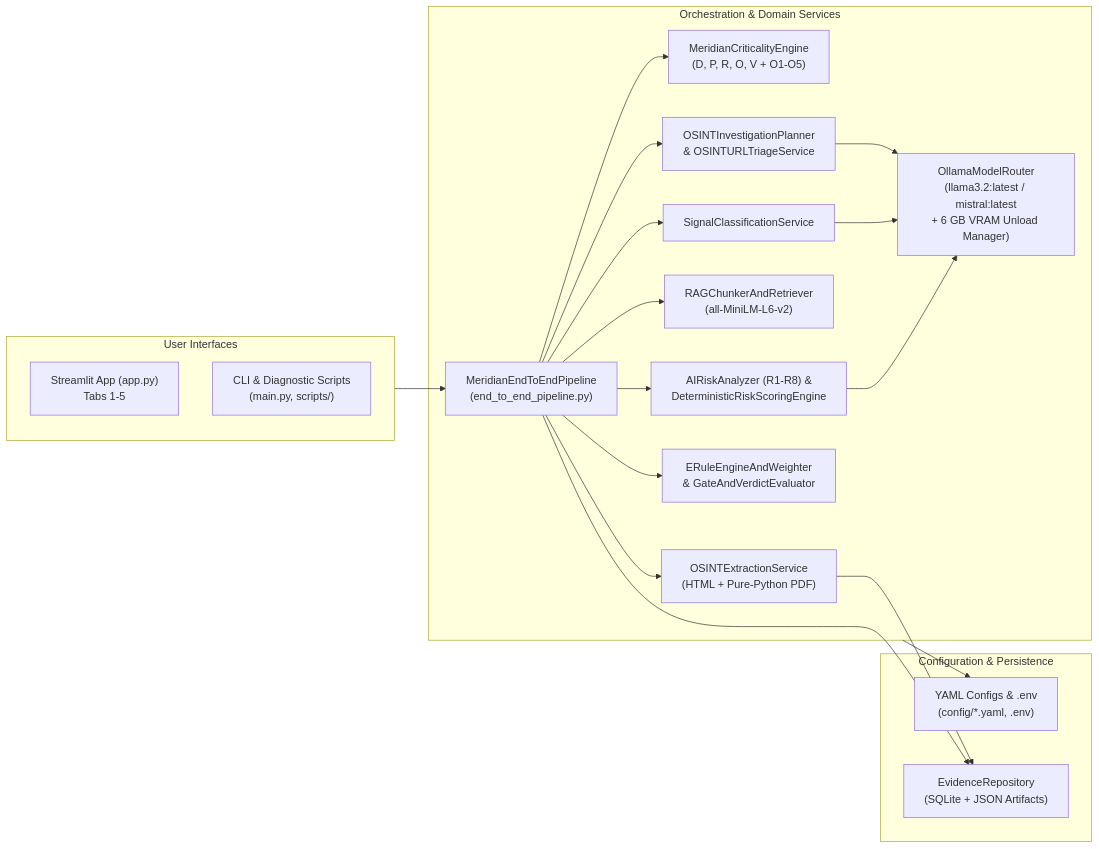
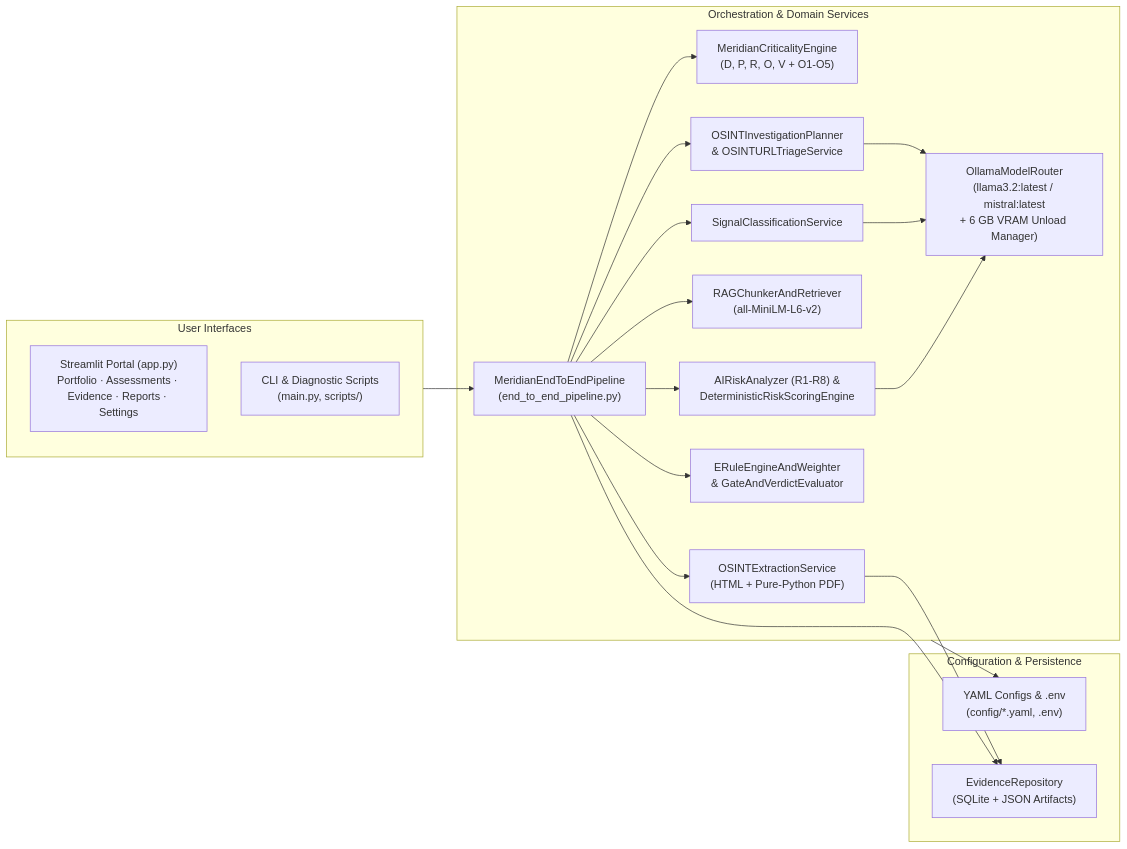
Before and after one commit to shivanshu-singh-dev/UncoverAI: the second of 2 diagrams in README.md, drawn with Mermaid. The commit also changed other lines of this file, not shown here.

````diff
--- a/README.md
+++ b/README.md
@@ -56,39 +56,39 @@
 ```mermaid
 flowchart LR
     subgraph UI["User Interfaces"]
-        ST["Streamlit App (app.py)\nTabs 1-5"]
+        ST["Streamlit Portal (app.py)\nPortfolio · Assessments · Evidence · Reports · Settings"]
         CLI["CLI & Diagnostic Scripts\n(main.py, scripts/)"]
     end
 
     subgraph Core["Orchestration & Domain Services"]
         PIPE["MeridianEndToEndPipeline\n(end_to_end_pipeline.py)"]
         CRIT["MeridianCriticalityEngine\n(D, P, R, O, V + O1-O5)"]
         PLAN["OSINTInvestigationPlanner\n& OSINTURLTriageService"]
         EXT["OSINTExtractionService\n(HTML + Pure-Python PDF)"]
         RAG["RAGChunkerAndRetriever\n(all-MiniLM-L6-v2)"]
         CLS["SignalClassificationService"]
         EVD["ERuleEngineAndWeighter\n& GateAndVerdictEvaluator"]
         RSK["AIRiskAnalyzer (R1-R8) &\nDeterministicRiskScoringEngine"]
         RTR["OllamaModelRouter\n(llama3.2:latest / mistral:latest\n+ 6 GB VRAM Unload Manager)"]
     end
 
     subgraph Storage["Configuration & Persistence"]
         CFG["YAML Configs & .env\n(config/*.yaml, .env)"]
         DB["EvidenceRepository\n(SQLite + JSON Artifacts)"]
     end
 
     UI --> PIPE
     PIPE --> CRIT
     PIPE --> PLAN
     PIPE --> EXT
     PIPE --> RAG
     PIPE --> CLS
     PIPE --> EVD
     PIPE --> RSK
     PLAN --> RTR
     CLS --> RTR
     RSK --> RTR
     Core --> CFG
     EXT --> DB
     PIPE --> DB
 ```
````
